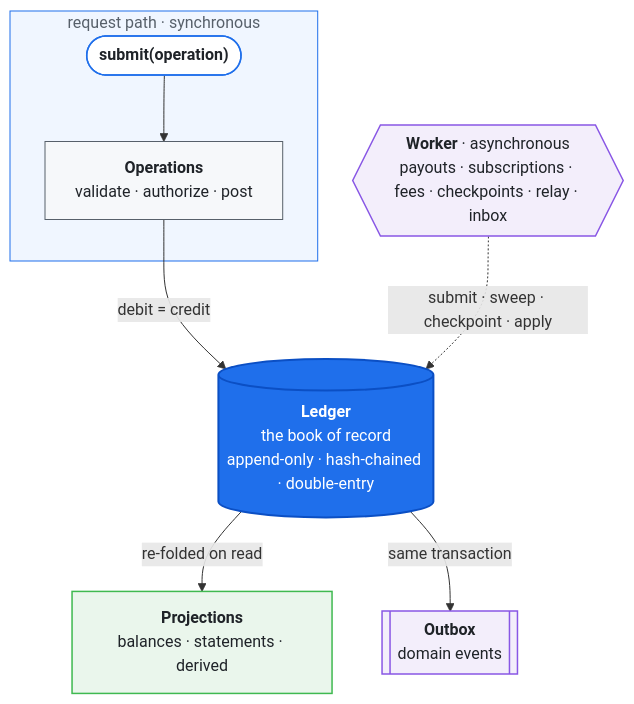
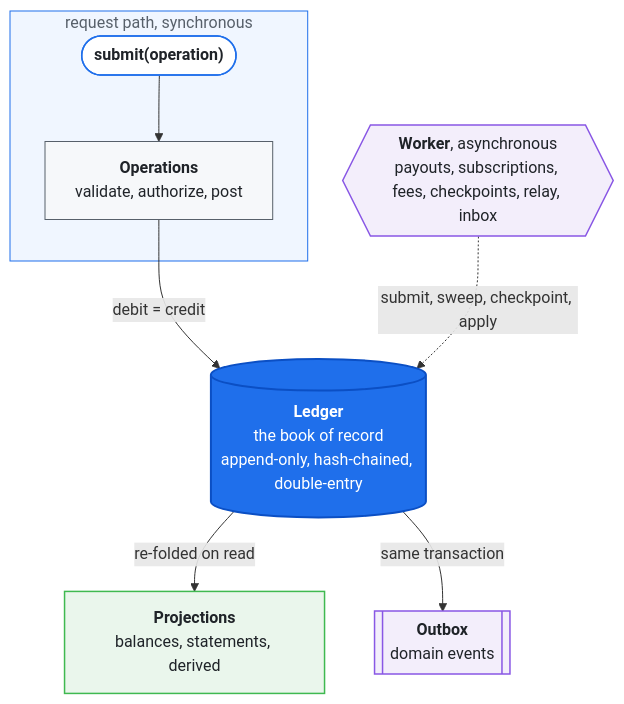
The diagram in README.md (pwngh/economy-lab), drawn with Mermaid before and after one commit. The commit also changed other lines of this file and 152 other files, not shown here.

````diff
--- a/README.md
+++ b/README.md
@@ -60,32 +59,32 @@
 ```mermaid
 flowchart TB
-    subgraph sync["request path · synchronous"]
+    subgraph sync["request path, synchronous"]
         Client(["`**submit(operation)**`"]):::entry
         Ops["`**Operations**
-        validate · authorize · post`"]:::proc
+        validate, authorize, post`"]:::proc
         Client --> Ops
     end
 
     Ledger[("`**Ledger**
     the book of record
-    append-only · hash-chained · double-entry`")]:::truth
+    append-only, hash-chained, double-entry`")]:::truth
     Reads["`**Projections**
-    balances · statements · derived`"]:::derived
+    balances, statements, derived`"]:::derived
     Outbox[["`**Outbox**
     domain events`"]]:::evt
-    Worker{{"`**Worker** · asynchronous
-    payouts · subscriptions · fees · checkpoints · relay · inbox`"}}:::worker
+    Worker{{"`**Worker**, asynchronous
+    payouts, subscriptions, fees, checkpoints, relay, inbox`"}}:::worker
 
     Ops -- "debit = credit" --> Ledger
     Ledger -- "re-folded on read" --> Reads
     Ledger -- "same transaction" --> Outbox
-    Worker -. "submit · sweep · checkpoint · apply" .-> Ledger
+    Worker -. "submit, sweep, checkpoint, apply" .-> Ledger
 
     classDef entry fill:#ffffff,stroke:#1f6feb,stroke-width:1.5px,color:#1f2328;
     classDef proc fill:#f6f8fa,stroke:#57606a,stroke-width:1px,color:#1f2328;
     classDef truth fill:#1f6feb,stroke:#0b4fc4,stroke-width:2px,color:#ffffff;
     classDef derived fill:#eaf6ec,stroke:#3fb950,stroke-width:1.5px,color:#1f2328;
     classDef evt fill:#f3eefb,stroke:#8957e5,stroke-width:1.5px,color:#1f2328;
     classDef worker fill:#f3eefb,stroke:#8957e5,stroke-width:1.5px,color:#1f2328;
     style sync fill:#f0f6ff,stroke:#1f6feb,stroke-width:1px,color:#57606a;
 ```
````
